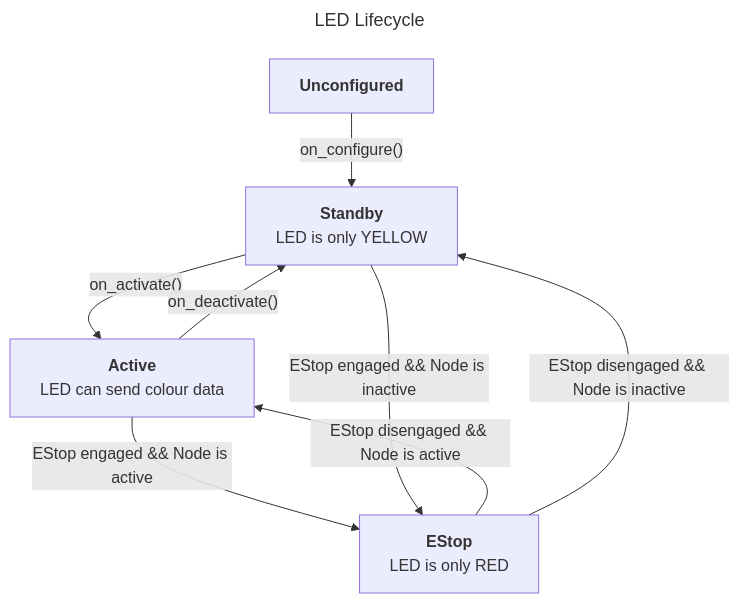
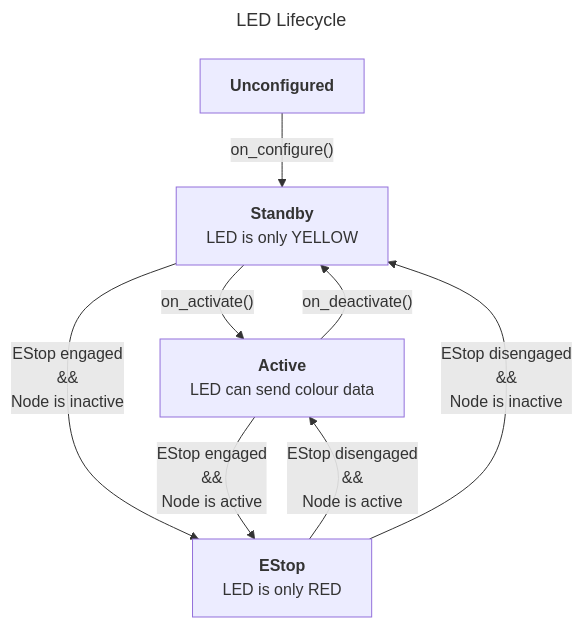
One commit to uwrobotics/Sparky-CIRC-2026 changed the diagram in src/led_controller/LED_LIFECYCLE.md. Above: the diagram before and after it, drawn with Mermaid.

Commit message:
Fix mermaid diagram appearance

````diff
--- a/src/led_controller/LED_LIFECYCLE.md
+++ b/src/led_controller/LED_LIFECYCLE.md
@@ -1,23 +1,23 @@
 ```mermaid
 ---
 title: LED Lifecycle
 ---
 flowchart TD
+    %% Nodes
     Unconfigured["`**Unconfigured**`"]
-    Standby["`**Standby**
-    LED is only YELLOW`"]
-    Active["`**Active**
-    LED can send colour data`"]
-    EStop["`**EStop**
-    LED is only RED`"]
+    Standby["`**Standby**<br>LED is only YELLOW`"]
+    Active["`**Active**<br>LED can send colour data`"]
+    EStop["`**EStop**<br>LED is only RED`"]
 
-    Unconfigured-- on_configure() -->Standby
+    %% Flowchart
+    Unconfigured -->|"on_configure()"| Standby
 
-    Standby-- on_activate() -->Active
-    Active-- on_deactivate() -->Standby
+    Standby -->|"on_activate()"| Active
+    Active -->|"on_deactivate()"| Standby
 
-    Active-- EStop engaged && Node is active -->EStop
-    EStop-- EStop disengaged && Node is active -->Active
-    Standby-- EStop engaged && Node is inactive -->EStop
-    EStop-- EStop disengaged && Node is inactive -->Standby
+    %% EStop
+    Standby -->|"EStop engaged<br>&&<br>Node is inactive"| EStop
+    Active -->|"EStop engaged<br>&&<br>Node is active"| EStop
+    EStop -->|"EStop disengaged<br>&&<br>Node is active"| Active
+    EStop -->|"EStop disengaged<br>&&<br>Node is inactive"| Standby
 ```
````
